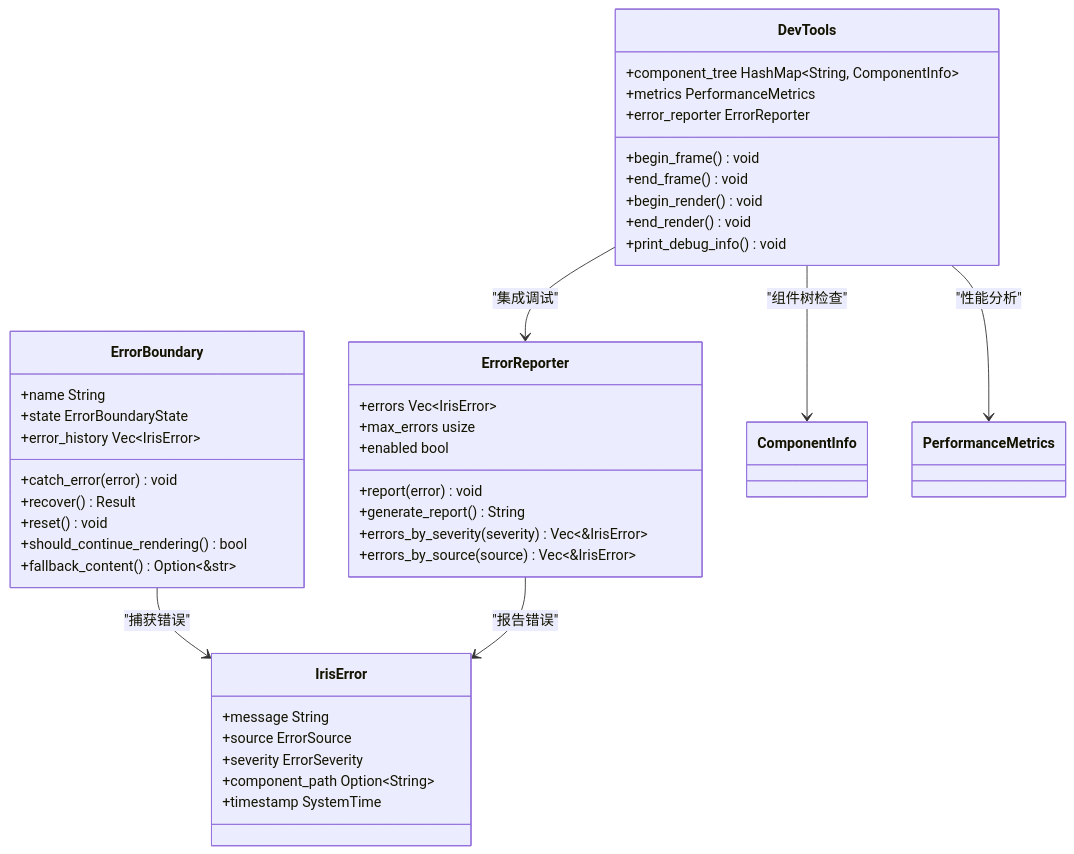
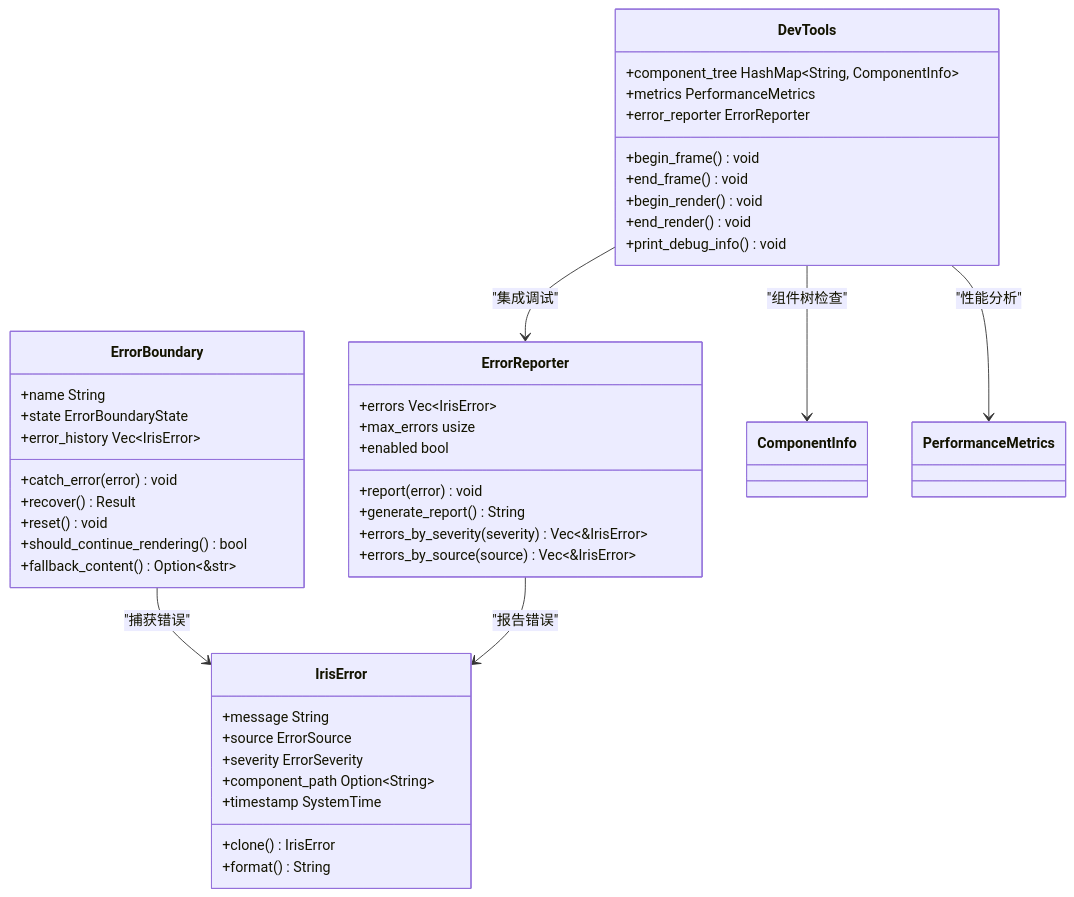
One commit to itszzl-sudo/iris changed the seventh of 8 diagrams in .qoder/repowiki/zh/content/项目概述/技术架构总览/技术架构总览.md. Above: the diagram before and after it, drawn with Mermaid. The commit also changed other lines of this file and 23 other files, not shown here.

````diff
--- a/.qoder/repowiki/zh/content/项目概述/技术架构总览/技术架构总览.md
+++ b/.qoder/repowiki/zh/content/项目概述/技术架构总览/技术架构总览.md
@@ -387,44 +388,46 @@
 ```mermaid
 classDiagram
 class ErrorBoundary {
 +name String
 +state ErrorBoundaryState
 +error_history Vec~IrisError~
 +catch_error(error) void
 +recover() Result
 +reset() void
 +should_continue_rendering() bool
 +fallback_content() Option~&str~
 }
 class ErrorReporter {
 +errors Vec~IrisError~
 +max_errors usize
 +enabled bool
 +report(error) void
 +generate_report() String
 +errors_by_severity(severity) Vec~&IrisError~
 +errors_by_source(source) Vec~&IrisError~
 }
 class DevTools {
 +component_tree HashMap~String, ComponentInfo~
 +metrics PerformanceMetrics
 +error_reporter ErrorReporter
 +begin_frame() void
 +end_frame() void
 +begin_render() void
 +end_render() void
 +print_debug_info() void
 }
 class IrisError {
 +message String
 +source ErrorSource
 +severity ErrorSeverity
 +component_path Option~String~
 +timestamp SystemTime
++clone() IrisError
++format() String
 }
 ErrorBoundary --> IrisError : "捕获错误"
 ErrorReporter --> IrisError : "报告错误"
 DevTools --> ErrorReporter : "集成调试"
 DevTools --> ComponentInfo : "组件树检查"
 DevTools --> PerformanceMetrics : "性能分析"
 ```
````
